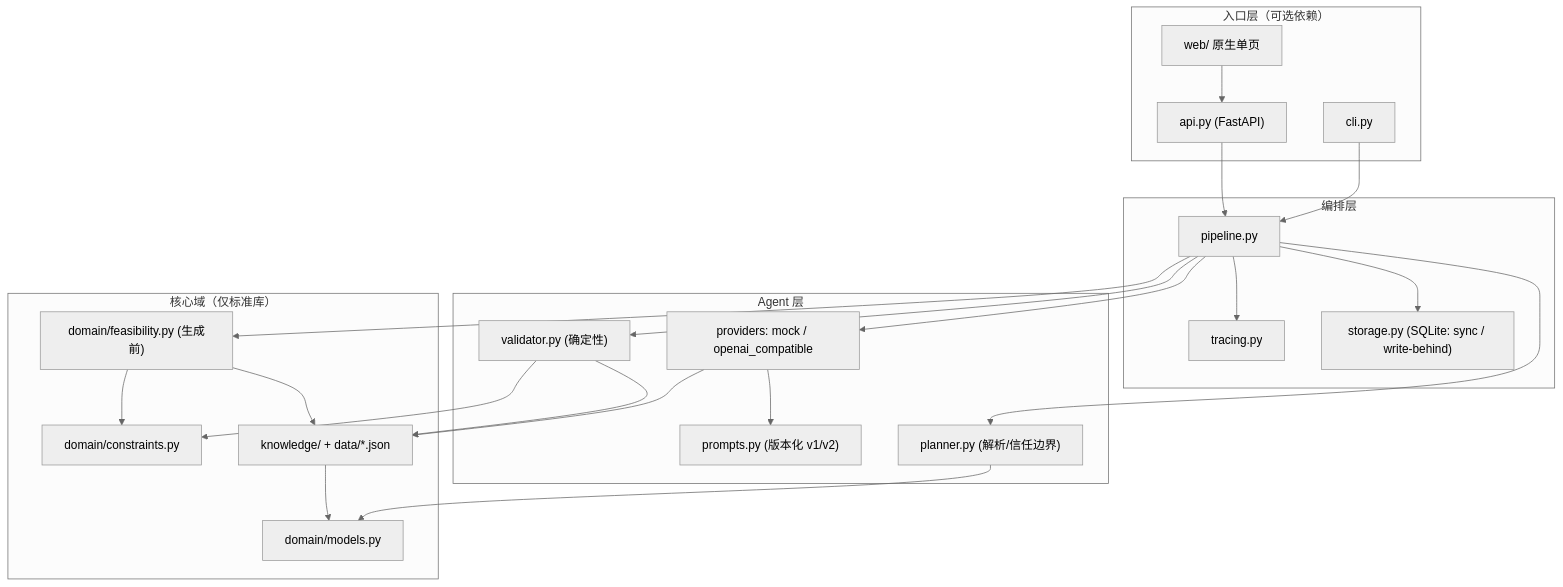
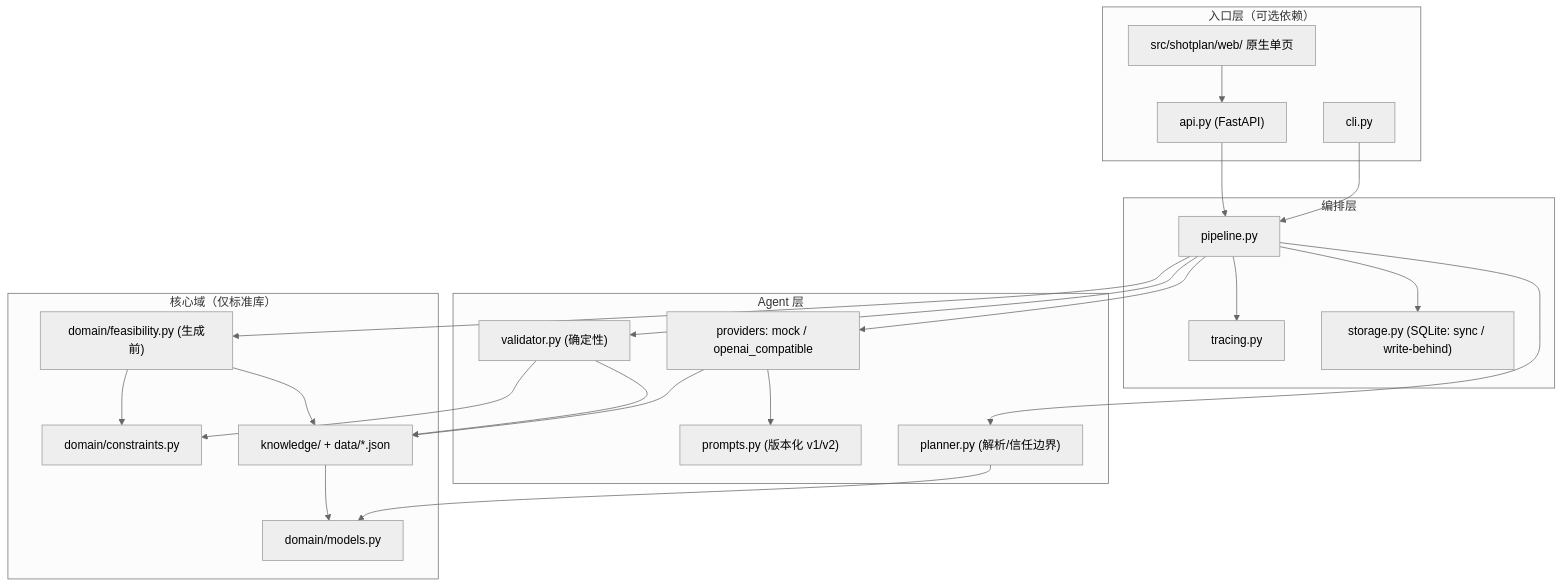
The diagram in docs/architecture.md (zhaozilong6666/shotplan), drawn with Mermaid (neutral theme) before and after one commit. The commit also changed other lines of this file and 84 other files, not shown here.

````diff
--- a/docs/architecture.md
+++ b/docs/architecture.md
@@ -12,42 +12,42 @@
 ```mermaid
 flowchart TB
     subgraph Entry["入口层（可选依赖）"]
         CLI["cli.py"]
         API["api.py (FastAPI)"]
-        WEB["web/ 原生单页"]
+        WEB["src/shotplan/web/ 原生单页"]
     end
     subgraph Orchestration["编排层"]
         PIPE["pipeline.py"]
         TRACE["tracing.py"]
         STORE["storage.py (SQLite: sync / write-behind)"]
     end
     subgraph Agent["Agent 层"]
         PROV["providers: mock / openai_compatible"]
         PROMPT["prompts.py (版本化 v1/v2)"]
         PARSE["planner.py (解析/信任边界)"]
         VALID["validator.py (确定性)"]
     end
     subgraph Core["核心域（仅标准库）"]
         DOMAIN["domain/models.py"]
         RULES["domain/constraints.py"]
         FEAS["domain/feasibility.py (生成前)"]
         KB["knowledge/ + data/*.json"]
     end
     CLI --> PIPE
     API --> PIPE
     WEB --> API
     PIPE --> FEAS
     PIPE --> PROV
     PIPE --> PARSE
     PIPE --> VALID
     PIPE --> TRACE
     PIPE --> STORE
     PROV --> PROMPT
     PROV --> KB
     PARSE --> DOMAIN
     VALID --> RULES
     VALID --> KB
     FEAS --> RULES
     FEAS --> KB
     KB --> DOMAIN
 ```
````
